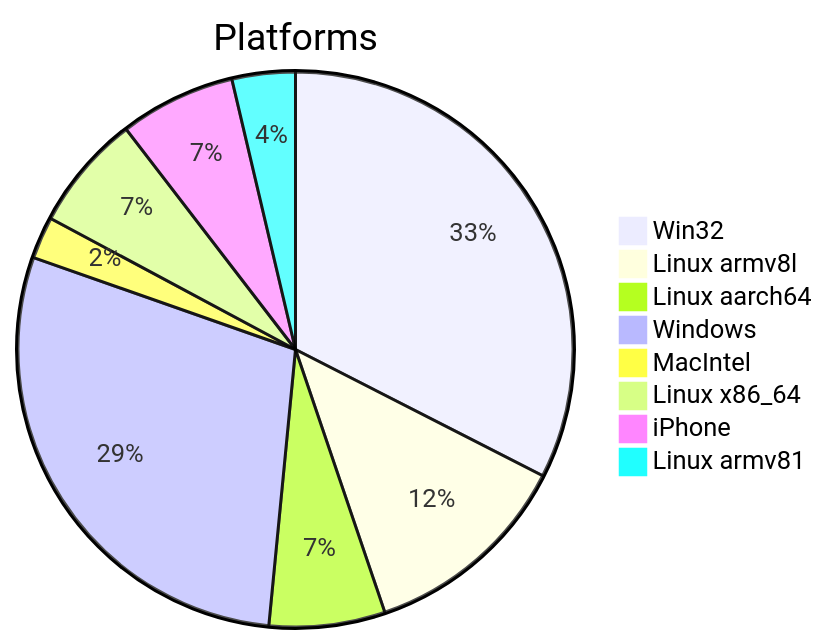
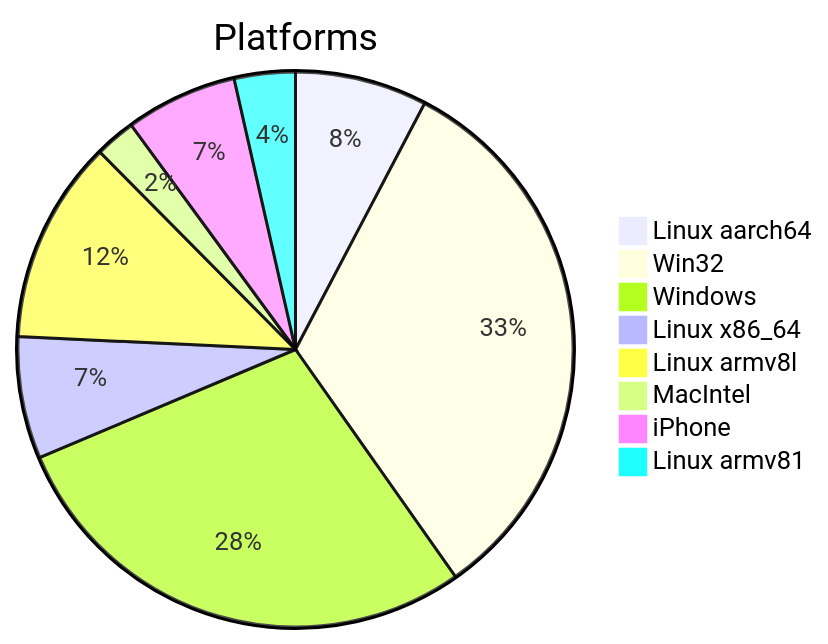
Before and after one commit to Krugou/socials: the first of 2 diagrams in DATA_REPORT.md, drawn with Mermaid. The commit also changed other lines of this file and 2 other files, not shown here.

````diff
--- a/DATA_REPORT.md
+++ b/DATA_REPORT.md
@@ -9,11 +9,11 @@
 ```mermaid
 pie title Platforms
-    "Win32" : 53
+    "Linux aarch64" : 13
+    "Win32" : 55
+    "Windows" : 48
+    "Linux x86_64" : 12
     "Linux armv8l" : 20
-    "Linux aarch64" : 11
-    "Windows" : 47
     "MacIntel" : 4
-    "Linux x86_64" : 11
     "iPhone" : 11
     "Linux armv81" : 6
 ```
````
